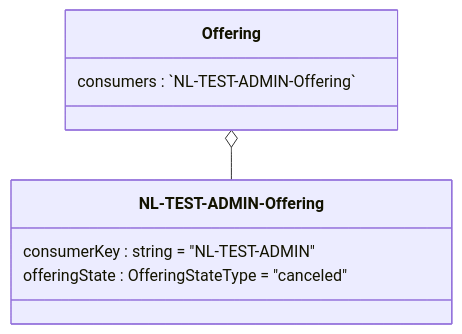
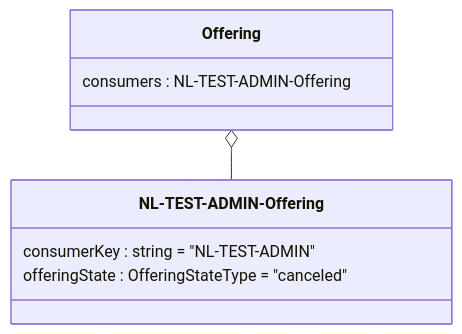
The ninth of 10 diagrams in doc/flow2.md (NetwerkExamineringDigitalisering/NED-OOAPI), drawn with Mermaid before and after one commit. The commit also changed 3 other files, not shown here.

Commit message:
improve for readability class diagrams

````diff
--- a/doc/flow2.md
+++ b/doc/flow2.md
@@ -384,11 +384,11 @@
 ```mermaid
 classDiagram
     class Offering {
-		consumers : `NL-TEST-ADMIN-Offering`
+		consumers : NL-TEST-ADMIN-Offering
     }
     class `NL-TEST-ADMIN-Offering` {
     	consumerKey : string = "NL-TEST-ADMIN"
 		offeringState : OfferingStateType = "canceled"
     }
     Offering o-- `NL-TEST-ADMIN-Offering`
 ```
````
